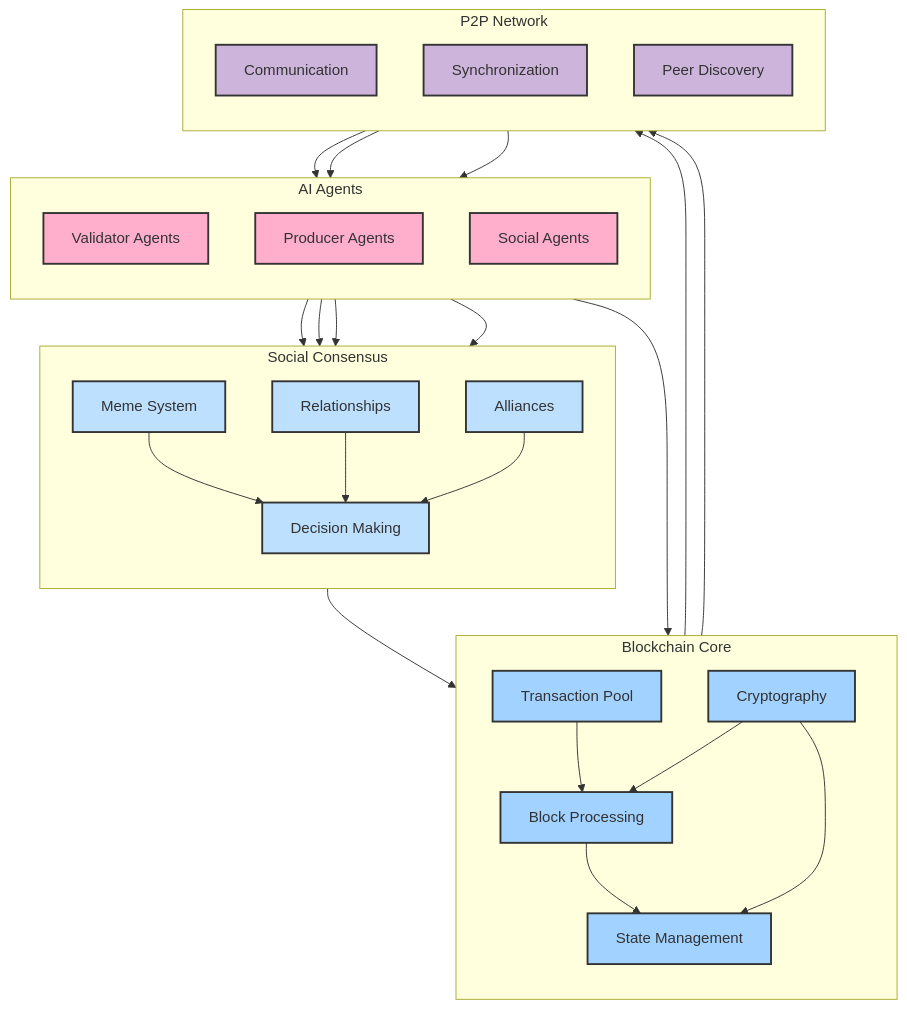
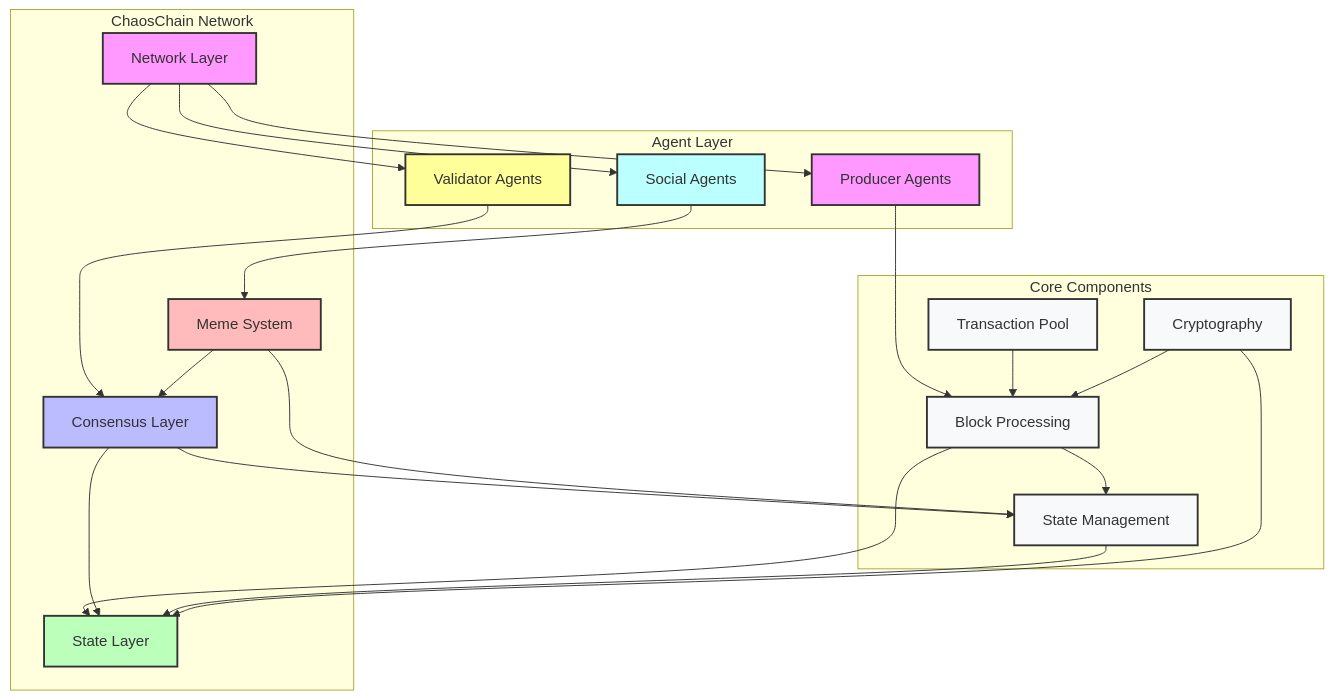
One commit to SumeetChougule/chaoschain changed the first of 6 diagrams in docs/introduction/architecture.md. Above: the diagram before and after it, drawn with Mermaid.

Commit message:
Revise System Overview diagram to better show layer interactions

````diff
--- a/docs/introduction/architecture.md
+++ b/docs/introduction/architecture.md
@@ -9,69 +9,61 @@
 ```mermaid
 flowchart TB
-    subgraph Agents["AI Agents"]
-        direction TB
+    subgraph Network["ChaosChain Network"]
+        N["Network Layer"]
+        C["Consensus Layer"]
+        S["State Layer"]
+        M["Meme System"]
+    end
+    
+    subgraph Agents["Agent Layer"]
         V["Validator Agents"]
         P["Producer Agents"]
-        S["Social Agents"]
+        SA["Social Agents"]
     end
-
-    subgraph Consensus["Social Consensus"]
-        direction TB
-        M["Meme System"]
-        R["Relationships"]
-        A["Alliances"]
-        D["Decision Making"]
-    end
-
-    subgraph Chain["Blockchain Core"]
-        direction TB
+    
+    subgraph Core["Core Components"]
         B["Block Processing"]
         T["Transaction Pool"]
-        ST["State Management"]
-        C["Cryptography"]
+        SM["State Management"]
+        CR["Cryptography"]
     end
+    
+    %% Main Layer Interactions
+    V --> C
+    P --> B
+    SA --> M
+    B --> S
+    T --> B
+    C --> S
+    M --> C
+    SM --> S
+    CR --> B
+    CR --> S
 
-    subgraph Network["P2P Network"]
-        direction TB
-        COM["Communication"]
-        SYNC["Synchronization"]
-        PEER["Peer Discovery"]
-    end
-
-    %% Agent Interactions
-    V --> D
-    P --> M
-    S --> R
-    S --> A
-
-    %% Consensus Formation
-    M --> D
-    R --> D
-    A --> D
-
-    %% Core Operations
-    D --> B
-    P --> B
-    T --> B
-    B --> ST
-    C --> B
-    C --> ST
-
-    %% Network Operations
-    COM --> V
-    COM --> P
-    COM --> S
-    B --> SYNC
-    ST --> SYNC
+    %% Cross-Layer Communication
+    N --> V
+    N --> P
+    N --> SA
+    
+    %% State Management
+    B --> SM
+    C --> SM
+    M --> SM
 
     classDef default fill:#f8f9fa,stroke:#333,stroke-width:2px
-    classDef agents fill:#ffafcc,stroke:#333,stroke-width:2px
-    classDef consensus fill:#bde0fe,stroke:#333,stroke-width:2px
-    classDef chain fill:#a2d2ff,stroke:#333,stroke-width:2px
-    classDef network fill:#cdb4db,stroke:#333,stroke-width:2px
-
-    class V,P,S agents
-    class M,R,A,D consensus
-    class B,T,ST,C chain
-    class COM,SYNC,PEER network
+    classDef network fill:#f9f,stroke:#333,stroke-width:2px
+    classDef consensus fill:#bbf,stroke:#333,stroke-width:2px
+    classDef state fill:#bfb,stroke:#333,stroke-width:2px
+    classDef meme fill:#fbb,stroke:#333,stroke-width:2px
+    classDef validator fill:#ff9,stroke:#333,stroke-width:2px
+    classDef producer fill:#f9f,stroke:#333,stroke-width:2px
+    classDef social fill:#bff,stroke:#333,stroke-width:2px
+    
+    class N network
+    class C consensus
+    class S state
+    class M meme
+    class V validator
+    class P producer
+    class SA social
 ```
````
